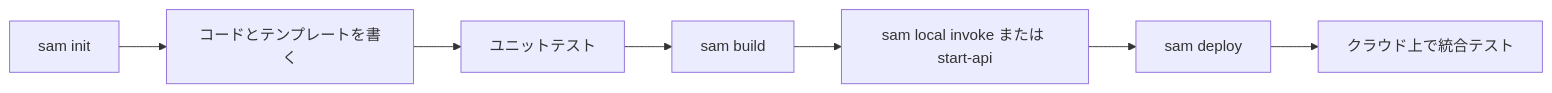
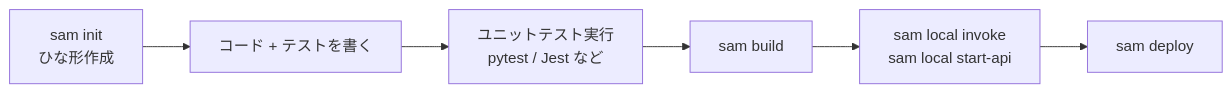
Before and after one commit to myoshi2891/Cloud-Infrastructure-and-Network-Studies: the ninth of 31 diagrams in Dva-c02-domain1-development-with-aws-services-guide.md, drawn with Mermaid. The commit also changed other lines of this file, not shown here.

````diff
--- a/Dva-c02-domain1-development-with-aws-services-guide.md
+++ b/Dva-c02-domain1-development-with-aws-services-guide.md
@@ -596,9 +647,8 @@
 ```mermaid
 flowchart LR
-    A["sam init"] --> B["コードとテンプレートを書く"]
-    B --> C["ユニットテスト"]
+    A["sam init<br/>ひな形作成"] --> B["コード + テストを書く"]
+    B --> C["ユニットテスト実行<br/>pytest / Jest など"]
     C --> D["sam build"]
-    D --> E["sam local invoke または start-api"]
+    D --> E["sam local invoke<br/>sam local start-api"]
     E --> F["sam deploy"]
-    F --> G["クラウド上で統合テスト"]
 ```
````
